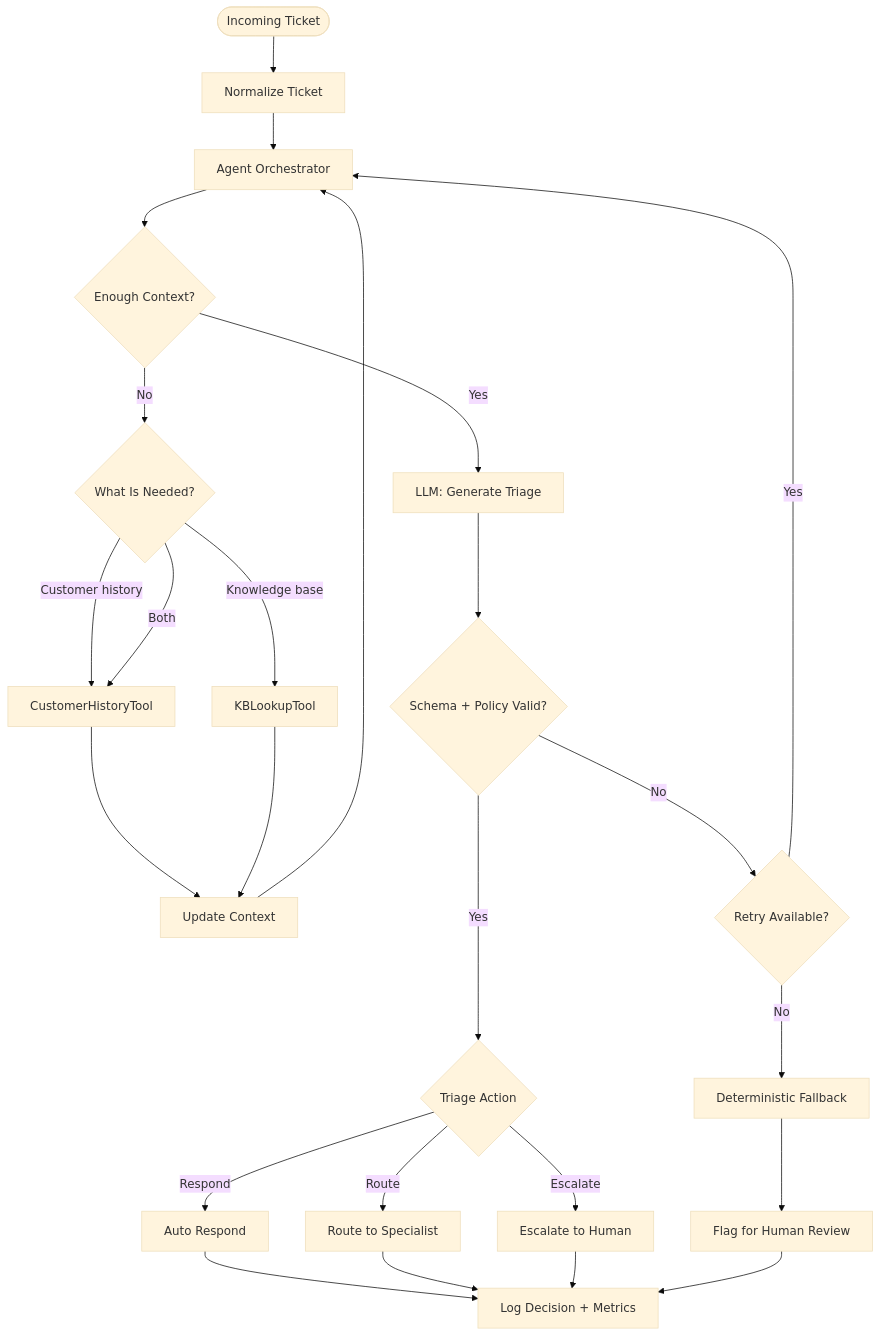
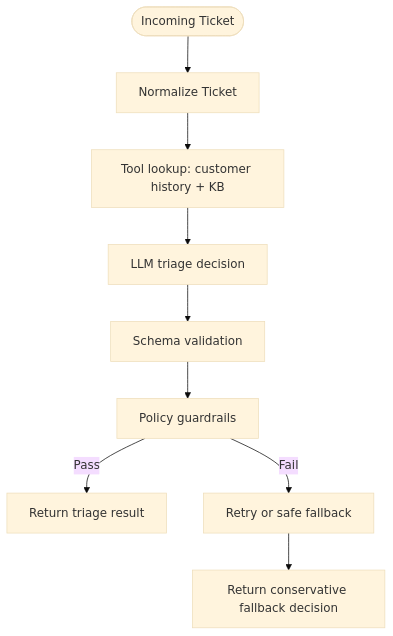
The diagram in README.md (godman32770/SupportTicket-TriageAgent), drawn with Mermaid (base theme) before and after one commit. The commit also changed other lines of this file and 62 other files, not shown here.

Commit message:
Harden triage agent and clean repository

````diff
--- a/README.md
+++ b/README.md
@@ -193,31 +380,11 @@
 ```mermaid
 flowchart TD
-    A([Incoming Ticket]) --> B[Normalize Ticket]
-    B --> C[Agent Orchestrator]
-
-    C --> D{Enough Context?}
-    D -->|No| E{What Is Needed?}
-    E -->|Customer history| F[CustomerHistoryTool]
-    E -->|Knowledge base| G[KBLookupTool]
-    E -->|Both| F
-    F --> H[Update Context]
-    G --> H
-    H --> C
-
-    D -->|Yes| I[LLM: Generate Triage]
-    I --> J{Schema + Policy Valid?}
-    J -->|No| K{Retry Available?}
-    K -->|Yes| C
-    K -->|No| L[Deterministic Fallback]
-    L --> M[Flag for Human Review]
-
-    J -->|Yes| N{Triage Action}
-    N -->|Respond| O[Auto Respond]
-    N -->|Route| P[Route to Specialist]
-    N -->|Escalate| Q[Escalate to Human]
-
-    O --> R[Log Decision + Metrics]
-    P --> R
-    Q --> R
-    M --> R
+   A([Incoming Ticket]) --> B[Normalize Ticket]
+   B --> C[Tool lookup: customer history + KB]
+   C --> D[LLM triage decision]
+   D --> E[Schema validation]
+   E --> F[Policy guardrails]
+   F -->|Pass| G[Return triage result]
+   F -->|Fail| H[Retry or safe fallback]
+   H --> I[Return conservative fallback decision]
 ```
````
